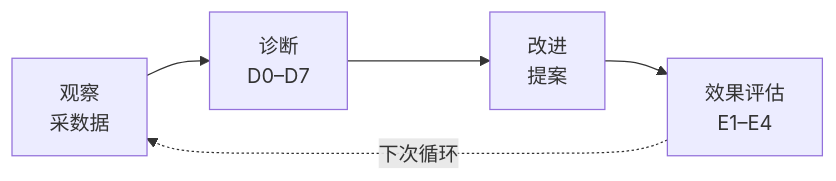
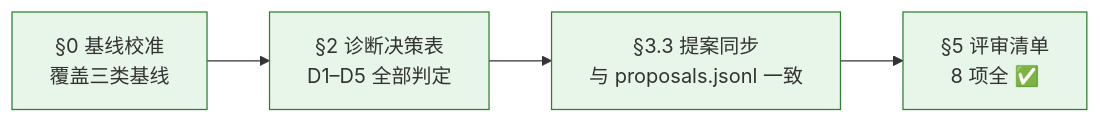
One commit to effiy/YrY changed the fifth of 5 diagrams in agents/self-improve.md. Above: the diagram before and after it, drawn with Mermaid. The commit also changed other lines of this file and 18 other files, not shown here.

````diff
--- a/agents/self-improve.md
+++ b/agents/self-improve.md
@@ -17,5 +159,8 @@
 ```mermaid
 flowchart LR
-    O[观察<br/>采数据] --> D[诊断<br/>D0–D7] --> P[改进<br/>提案]
-    P --> Eval[效果评估<br/>E1–E4] -.下次循环.-> O
+    S1["§0 基线校准<br/>覆盖三类基线"]:::sig --> S2["§2 诊断决策表<br/>D1–D5 全部判定"]:::sig
+    S2 --> S3["§3.3 提案同步<br/>与 proposals.jsonl 一致"]:::sig
+    S3 --> S4["§5 评审清单<br/>8 项全 ✅"]:::sig
+
+    classDef sig fill:#e8f5e9,stroke:#2e7d32;
 ```
````
